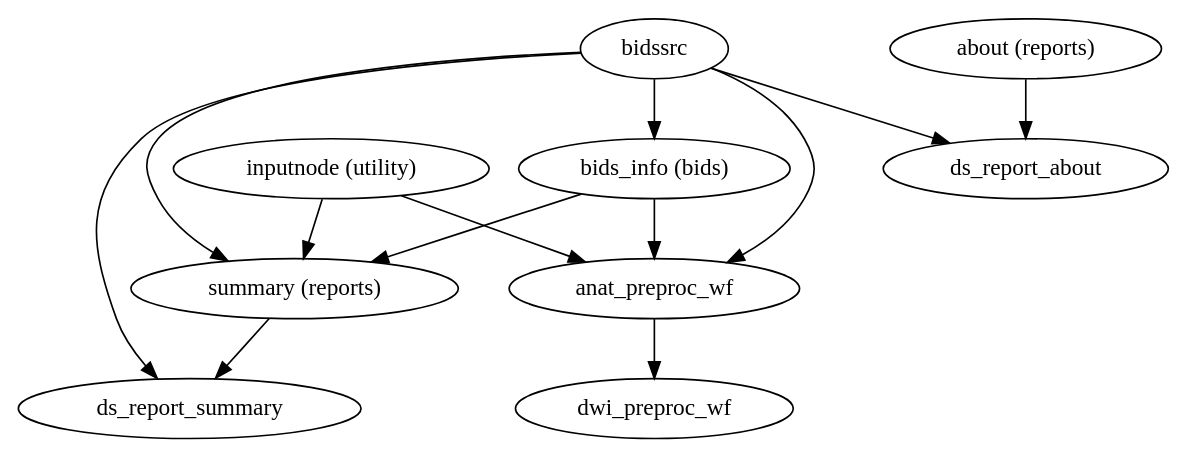
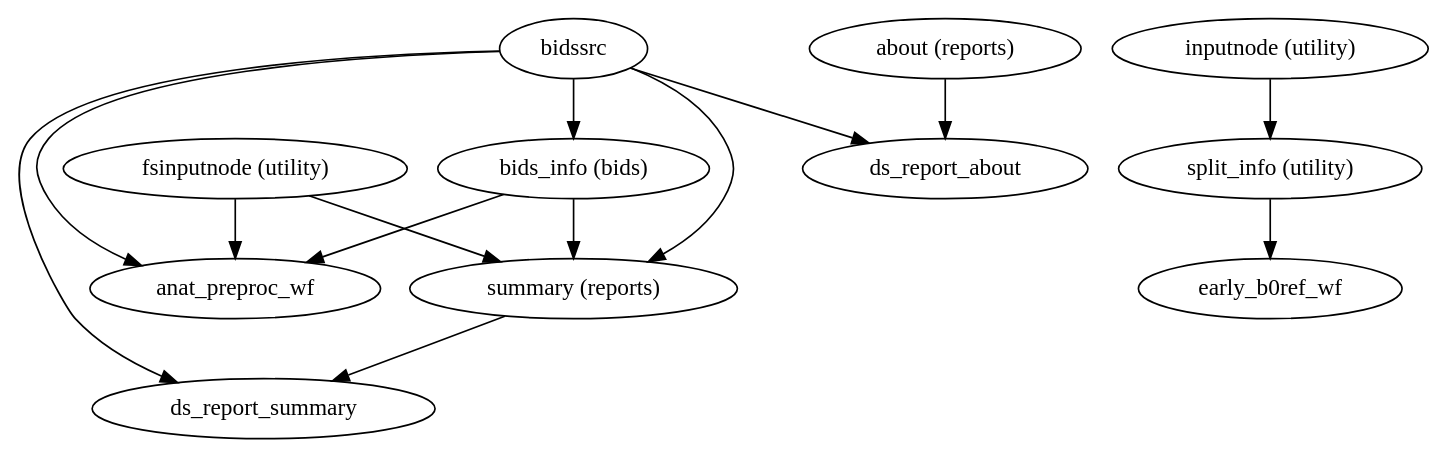
Before and after one commit to nipreps/dmriprep: the diagram in wf_directive/api/single_subject_THP0005_wf/dmriprep-workflows-base-2.dot, drawn with Graphviz. The commit also changed 435 other files, not shown here.

```diff
--- a/wf_directive/api/single_subject_THP0005_wf/dmriprep-workflows-base-2.dot
+++ b/wf_directive/api/single_subject_THP0005_wf/dmriprep-workflows-base-2.dot
@@ -1,23 +1,26 @@
 strict digraph  {
-"inputnode (utility)";
+"fsinputnode (utility)";
 anat_preproc_wf;
 "summary (reports)";
-dwi_preproc_wf;
 bidssrc;
 "bids_info (bids)";
 ds_report_summary;
 ds_report_about;
 "about (reports)";
-"inputnode (utility)" -> anat_preproc_wf;
-"inputnode (utility)" -> "summary (reports)";
-anat_preproc_wf -> dwi_preproc_wf;
+"inputnode (utility)";
+"split_info (utility)";
+early_b0ref_wf;
+"fsinputnode (utility)" -> anat_preproc_wf;
+"fsinputnode (utility)" -> "summary (reports)";
 "summary (reports)" -> ds_report_summary;
 bidssrc -> "bids_info (bids)";
 bidssrc -> "summary (reports)";
 bidssrc -> anat_preproc_wf;
 bidssrc -> ds_report_summary;
 bidssrc -> ds_report_about;
 "bids_info (bids)" -> "summary (reports)";
 "bids_info (bids)" -> anat_preproc_wf;
 "about (reports)" -> ds_report_about;
+"inputnode (utility)" -> "split_info (utility)";
+"split_info (utility)" -> early_b0ref_wf;
 }
```
